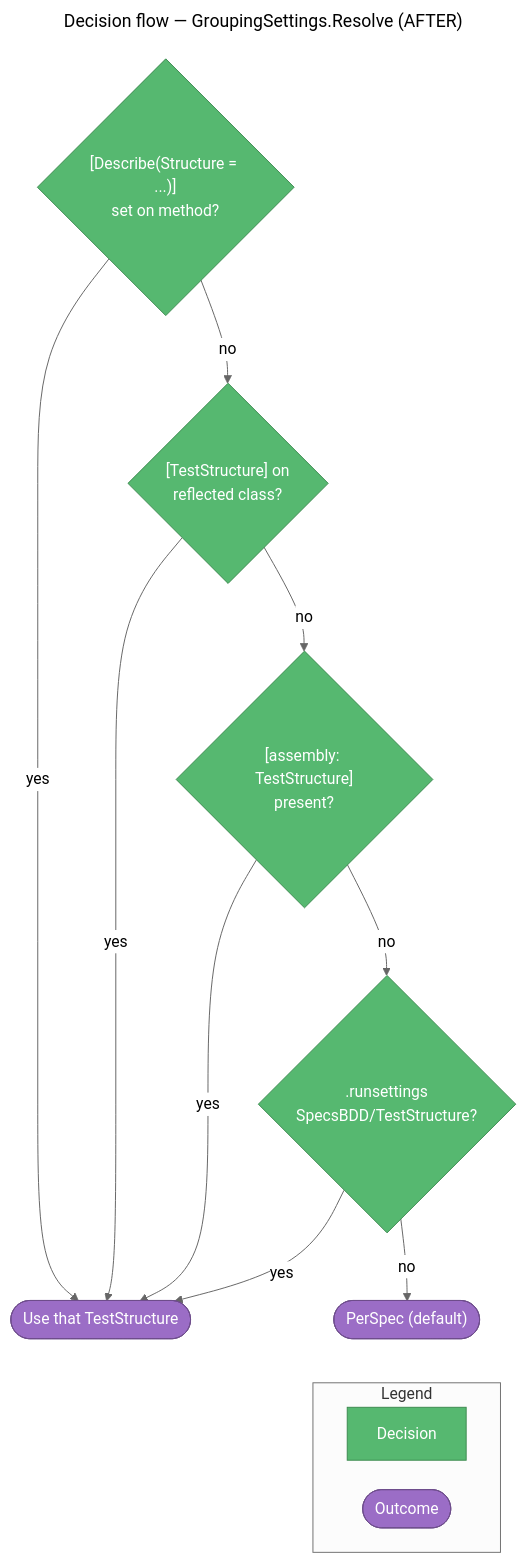
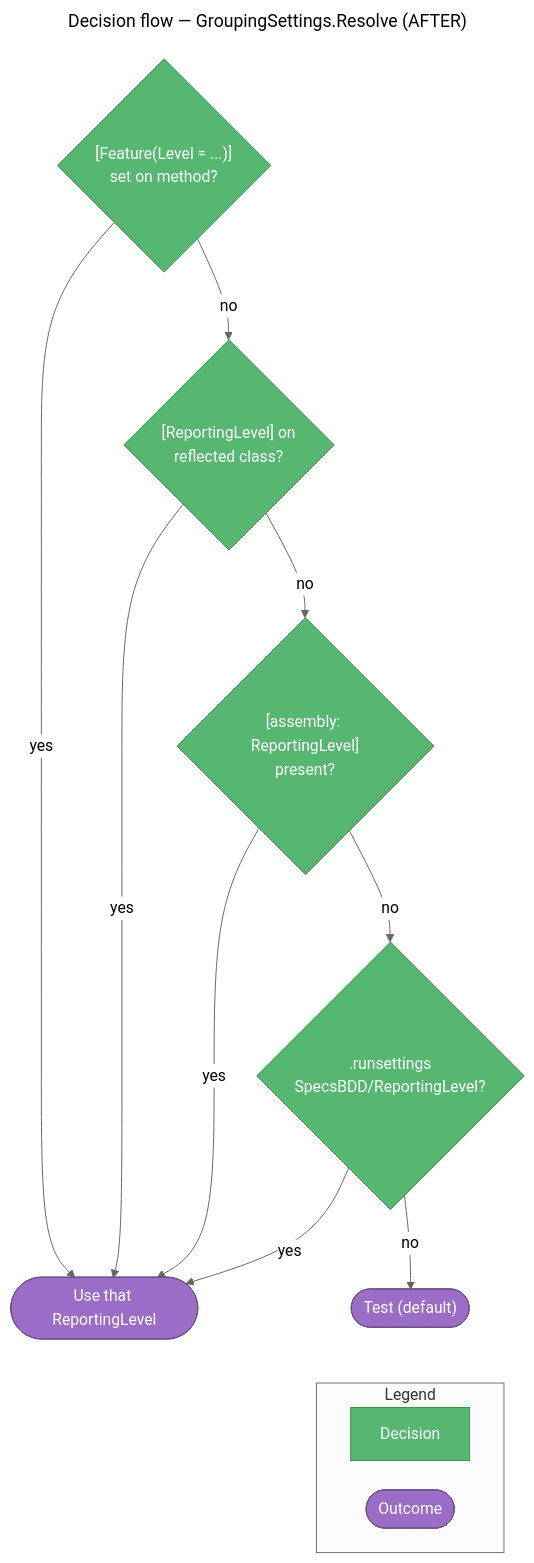
One commit to yozepi/Specs changed diagram 13 of 33 in memory-bank/systemPatterns.md. Above: the diagram before and after it, drawn with Mermaid. The commit also changed other lines of this file and 97 other files, not shown here.

````diff
--- a/memory-bank/systemPatterns.md
+++ b/memory-bank/systemPatterns.md
@@ -569,30 +569,30 @@
 ```mermaid
 ---
 title: "Decision flow — GroupingSettings.Resolve (AFTER)"
 ---
 %%{init: {'theme': 'neutral', 'flowchart': {'nodeSpacing': 30, 'rankSpacing': 45, 'wrappingWidth': 160}}}%%
 flowchart TD
-    A{"[Describe(Structure = ...)]<br/>set on method?"}:::app
-    B{"[TestStructure] on<br/>reflected class?"}:::app
-    C{"[assembly: TestStructure]<br/>present?"}:::app
-    D{".runsettings<br/>SpecsBDD/TestStructure?"}:::app
-    V(["Use that TestStructure"]):::data
-    I(["PerSpec (default)"]):::data
+    A{"[Feature(Level = ...)]<br/>set on method?"}:::app
+    B{"[ReportingLevel] on<br/>reflected class?"}:::app
+    C{"[assembly: ReportingLevel]<br/>present?"}:::app
+    D{".runsettings<br/>SpecsBDD/ReportingLevel?"}:::app
+    V(["Use that ReportingLevel"]):::data
+    I(["Test (default)"]):::data
 
     A -->|"no"| B
     B -->|"no"| C
     C -->|"no"| D
     D -->|"no"| I
     A & B & C & D -->|"yes"| V
 
     subgraph LEGEND["Legend"]
         direction LR
         L1["Decision"]:::app
         L2(["Outcome"]):::data
     end
 
     I ~~~ LEGEND
 
     classDef app fill:#56B870,stroke:#3D8B50,color:#fff
     classDef data fill:#9B6DC6,stroke:#6E4D8C,color:#fff
 ```
````
